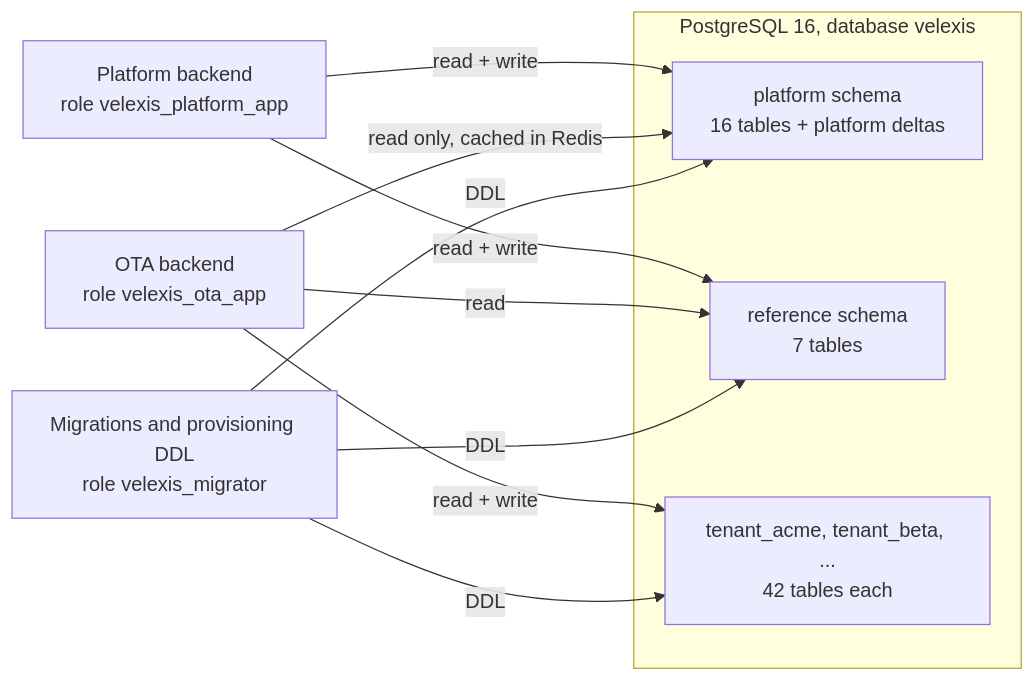
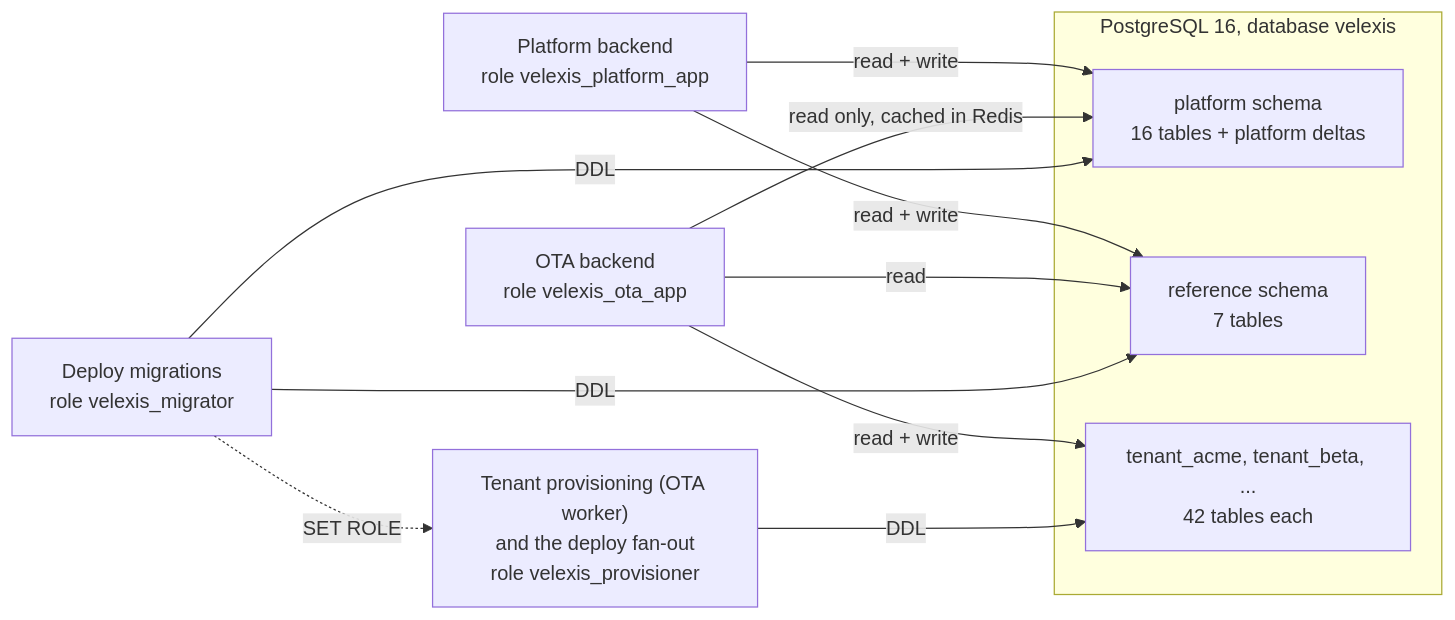
One commit to bhagwati-prasad/velexis-ota changed the third of 8 diagrams in docs/mvp/architecture.md. Above: the diagram before and after it, drawn with Mermaid. The commit also changed other lines of this file and 50 other files, not shown here.

````diff
--- a/docs/mvp/architecture.md
+++ b/docs/mvp/architecture.md
@@ -171,14 +176,16 @@
 ```mermaid
 flowchart LR
   subgraph db["PostgreSQL 16, database velexis"]
     P["platform schema<br/>16 tables + platform deltas"]
     R["reference schema<br/>7 tables"]
     T["tenant_acme, tenant_beta, ...<br/>42 tables each"]
   end
   PB["Platform backend<br/>role velexis_platform_app"] -->|read + write| P
   PB -->|read + write| R
   OB["OTA backend<br/>role velexis_ota_app"] -->|read + write| T
   OB -->|read| R
   OB -->|"read only, cached in Redis"| P
-  MG["Migrations and provisioning DDL<br/>role velexis_migrator"] -->|DDL| P & R & T
+  MG["Deploy migrations<br/>role velexis_migrator"] -->|DDL| P & R
+  PV["Tenant provisioning (OTA worker)<br/>and the deploy fan-out<br/>role velexis_provisioner"] -->|DDL| T
+  MG -.->|"SET ROLE"| PV
 ```
````
